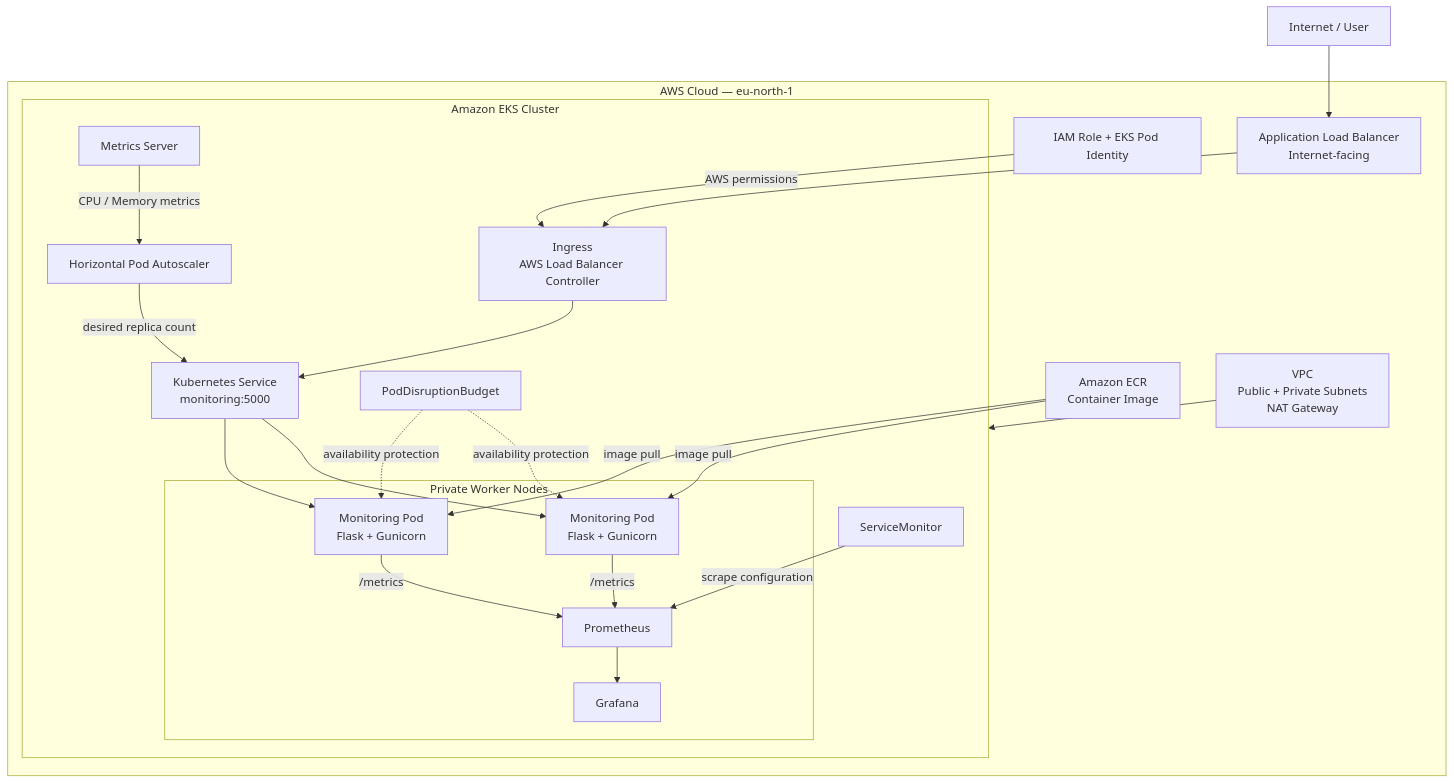
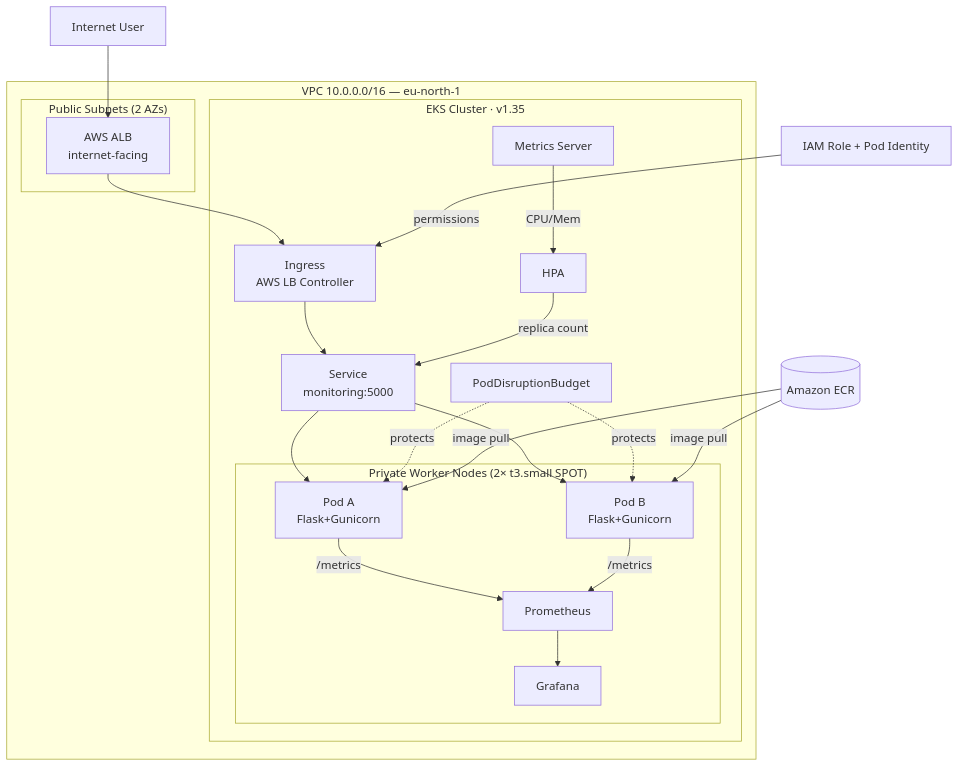
The first of 11 diagrams in README.md (hammadqureshi31/cloud-native-monitoring), drawn with Mermaid before and after one commit. The commit also changed other lines of this file, not shown here.

````diff
--- a/README.md
+++ b/README.md
@@ -92,54 +99,36 @@
 ```mermaid
 flowchart TB
-    U[Internet / User]
+    U[Internet User]
+    ALB[AWS ALB<br/>internet-facing]
 
-    subgraph AWS["AWS Cloud — eu-north-1"]
-        ALB[Application Load Balancer<br/>Internet-facing]
-
-        subgraph EKS["Amazon EKS Cluster"]
-            ING[Ingress<br/>AWS Load Balancer Controller]
-
-            SVC[Kubernetes Service<br/>monitoring:5000]
-
-            subgraph WORKERS["Private Worker Nodes"]
-                P1[Monitoring Pod<br/>Flask + Gunicorn]
-                P2[Monitoring Pod<br/>Flask + Gunicorn]
-
+    subgraph VPC["VPC 10.0.0.0/16 — eu-north-1"]
+        subgraph PUB["Public Subnets (2 AZs)"]
+            ALB
+        end
+        subgraph EKS["EKS Cluster · v1.35"]
+            ING[Ingress<br/>AWS LB Controller]
+            SVC[Service<br/>monitoring:5000]
+            subgraph PRIV["Private Worker Nodes (2× t3.small SPOT)"]
+                P1[Pod A<br/>Flask+Gunicorn]
+                P2[Pod B<br/>Flask+Gunicorn]
                 PROM[Prometheus]
                 GRAF[Grafana]
             end
-
-            SM[ServiceMonitor]
             MS[Metrics Server]
-            HPA[Horizontal Pod Autoscaler]
+            HPA[HPA]
             PDB[PodDisruptionBudget]
         end
-
-        ECR[Amazon ECR<br/>Container Image]
-        IAM[IAM Role + EKS Pod Identity]
-        VPC[VPC<br/>Public + Private Subnets<br/>NAT Gateway]
     end
 
-    U --> ALB
-    ALB --> ING
-    ING --> SVC
-    SVC --> P1
-    SVC --> P2
+    ECR[(Amazon ECR)]
+    IAM[IAM Role + Pod Identity]
 
-    P1 -->|/metrics| PROM
-    P2 -->|/metrics| PROM
-    SM -->|scrape configuration| PROM
-    PROM --> GRAF
-
-    MS -->|CPU / Memory metrics| HPA
-    HPA -->|desired replica count| SVC
-
-    PDB -.->|availability protection| P1
-    PDB -.->|availability protection| P2
-
-    ECR -->|image pull| P1
-    ECR -->|image pull| P2
-
-    IAM -->|AWS permissions| ING
-    VPC --> EKS
+    U --> ALB --> ING --> SVC
+    SVC --> P1 & P2
+    P1 & P2 -->|/metrics| PROM --> GRAF
+    MS -->|CPU/Mem| HPA -->|replica count| SVC
+    PDB -.->|protects| P1
+    PDB -.->|protects| P2
+    ECR -->|image pull| P1 & P2
+    IAM -->|permissions| ING
 ```
````
